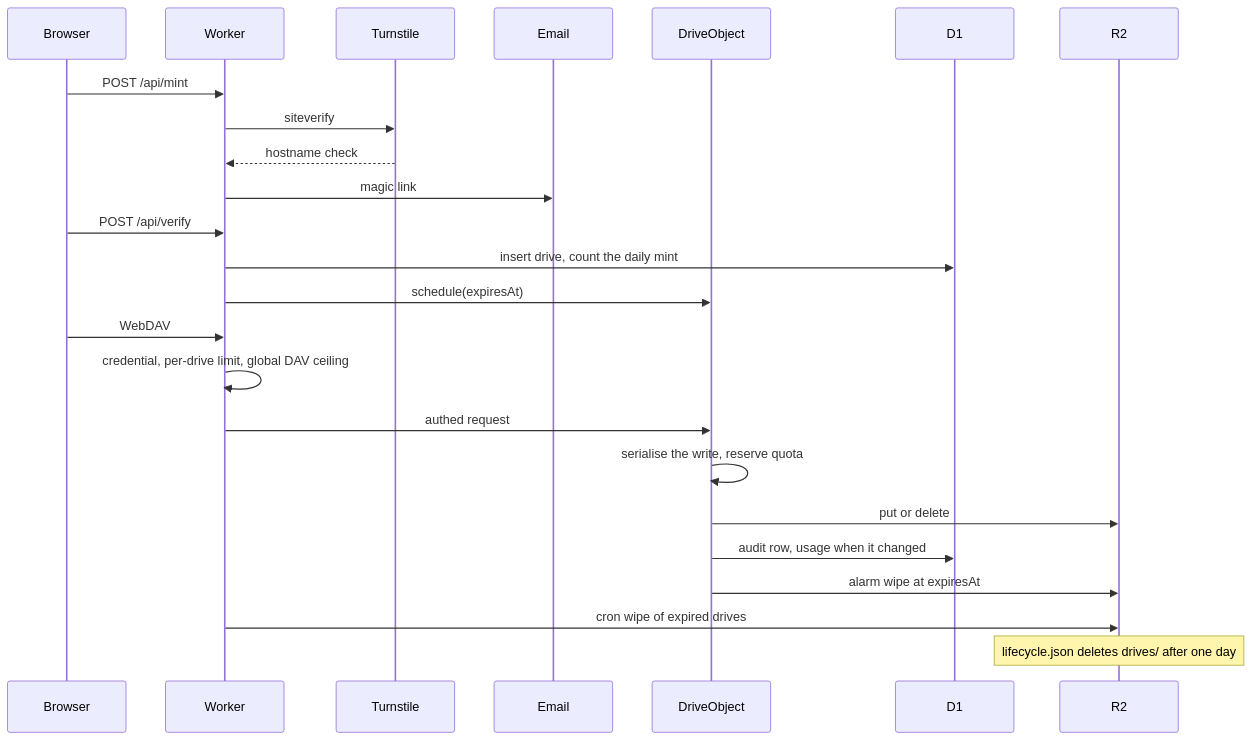
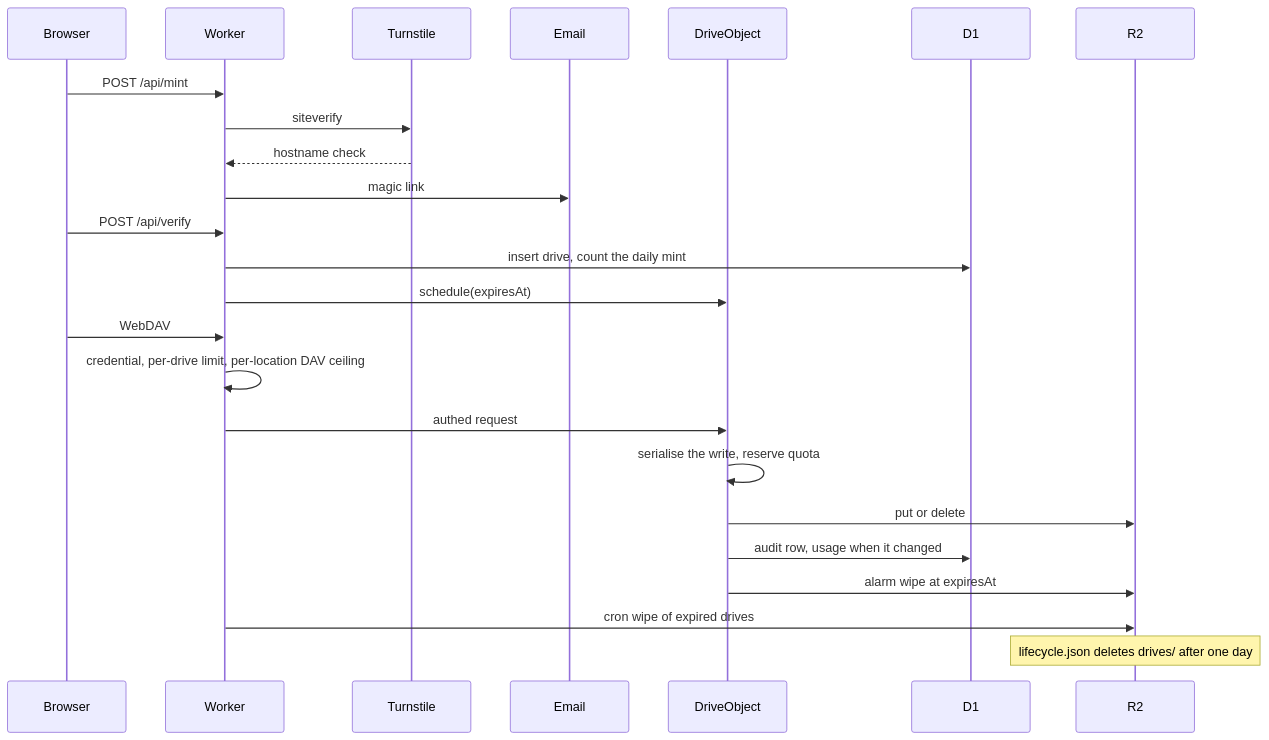
One commit to theserverlessdev/tech-demos changed the diagram in demos/r2-drive/README.md. Above: the diagram before and after it, drawn with Mermaid. The commit also changed other lines of this file and 28 other files, not shown here.

````diff
--- a/demos/r2-drive/README.md
+++ b/demos/r2-drive/README.md
@@ -7,26 +7,26 @@
 ```mermaid
 sequenceDiagram
   participant Browser
   participant Worker
   participant Turnstile
   participant Email
   participant DO as DriveObject
   participant D1
   participant R2
   Browser->>Worker: POST /api/mint
   Worker->>Turnstile: siteverify
   Turnstile-->>Worker: hostname check
   Worker->>Email: magic link
   Browser->>Worker: POST /api/verify
   Worker->>D1: insert drive, count the daily mint
   Worker->>DO: schedule(expiresAt)
   Browser->>Worker: WebDAV
-  Worker->>Worker: credential, per-drive limit, global DAV ceiling
+  Worker->>Worker: credential, per-drive limit, per-location DAV ceiling
   Worker->>DO: authed request
   DO->>DO: serialise the write, reserve quota
   DO->>R2: put or delete
   DO->>D1: audit row, usage when it changed
   DO->>R2: alarm wipe at expiresAt
   Worker->>R2: cron wipe of expired drives
   Note over R2: lifecycle.json deletes drives/ after one day
 ```
````
